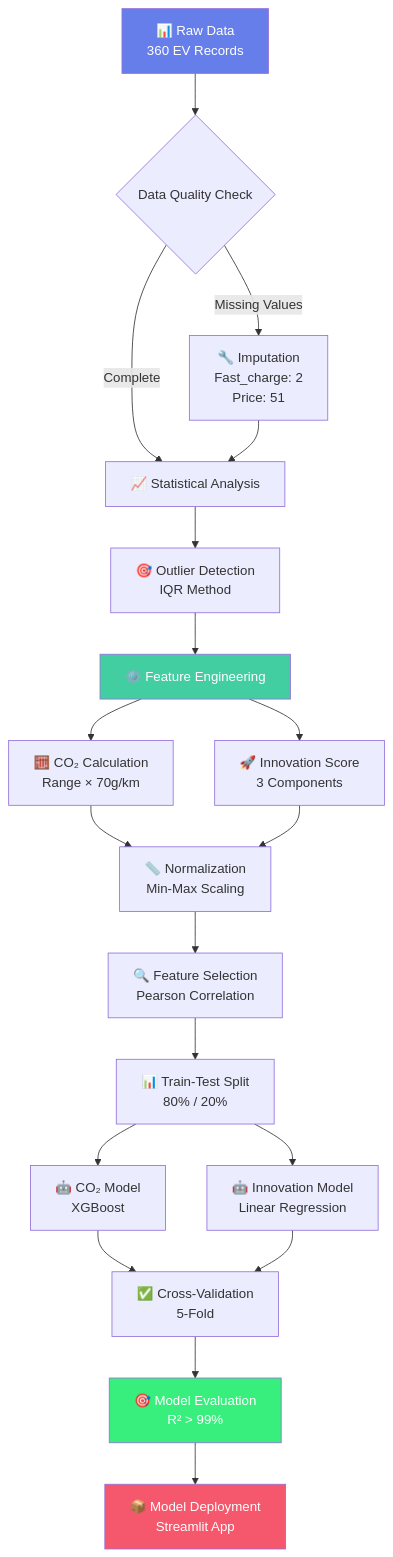
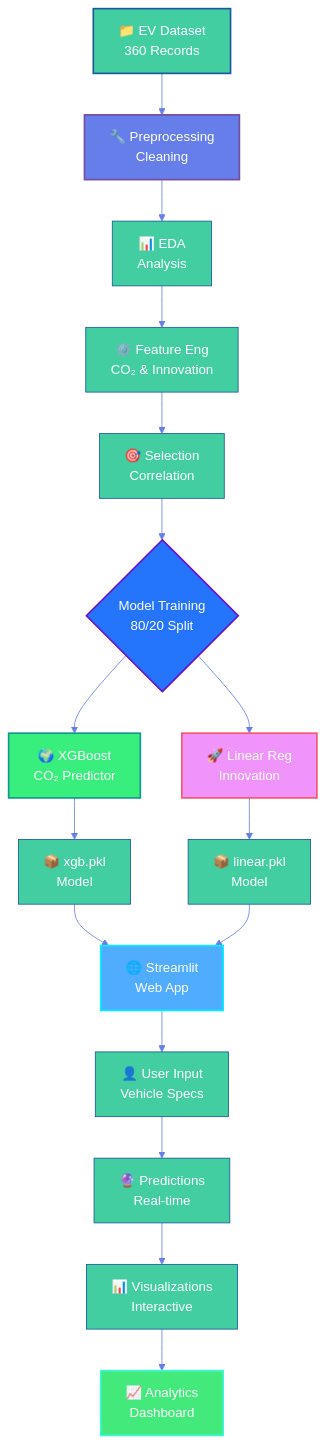
One commit to Itsshraddha/EVerGreen changed the second of 6 diagrams in README.md. Above: the diagram before and after it, drawn with Mermaid. The commit also changed other lines of this file, not shown here.

````diff
--- a/README.md
+++ b/README.md
@@ -360,33 +145,31 @@
 ```mermaid
-graph TD
-    A[📊 Raw Data<br/>360 EV Records] --> B{Data Quality Check}
-    B -->|Missing Values| C[🔧 Imputation<br/>Fast_charge: 2<br/>Price: 51]
-    B -->|Complete| D[📈 Statistical Analysis]
+%%{init: {'theme':'base', 'themeVariables': { 'primaryColor':'#43cea2','primaryTextColor':'#fff','primaryBorderColor':'#185a9d','lineColor':'#667eea'}}}%%
+flowchart TD
+    A[📁 EV Dataset<br/>360 Records] --> B[🔧 Preprocessing<br/>Cleaning]
+    B --> C[📊 EDA<br/>Analysis]
+    C --> D[⚙️ Feature Eng<br/>CO₂ & Innovation]
+    D --> E[🎯 Selection<br/>Correlation]
+    E --> F{Model Training<br/>80/20 Split}
     
-    C --> D
-    D --> E[🎯 Outlier Detection<br/>IQR Method]
-    E --> F[⚙️ Feature Engineering]
+    F --> G[🌍 XGBoost<br/>CO₂ Predictor]
+    F --> H[🚀 Linear Reg<br/>Innovation]
     
-    F --> G[🧮 CO₂ Calculation<br/>Range × 70g/km]
-    F --> H[🚀 Innovation Score<br/>3 Components]
+    G --> I[📦 xgb.pkl<br/>Model]
+    H --> J[📦 linear.pkl<br/>Model]
     
-    G --> I[📏 Normalization<br/>Min-Max Scaling]
-    H --> I
+    I --> K[🌐 Streamlit<br/>Web App]
+    J --> K
     
-    I --> J[🔍 Feature Selection<br/>Pearson Correlation]
-    J --> K[📊 Train-Test Split<br/>80% / 20%]
+    K --> L[👤 User Input<br/>Vehicle Specs]
+    L --> M[🔮 Predictions<br/>Real-time]
+    M --> N[📊 Visualizations<br/>Interactive]
+    N --> O[📈 Analytics<br/>Dashboard]
     
-    K --> L[🤖 CO₂ Model<br/>XGBoost]
-    K --> M[🤖 Innovation Model<br/>Linear Regression]
-    
-    L --> N[✅ Cross-Validation<br/>5-Fold]
-    M --> N
-    
-    N --> O[🎯 Model Evaluation<br/>R² > 99%]
-    O --> P[📦 Model Deployment<br/>Streamlit App]
-    
-    style A fill:#667eea,color:#fff
-    style F fill:#43cea2,color:#fff
-    style O fill:#38ef7d,color:#fff
-    style P fill:#f5576c,color:#fff
+    style A fill:#43cea2,stroke:#185a9d,stroke-width:2px,color:#fff
+    style B fill:#667eea,stroke:#764ba2,stroke-width:2px,color:#fff
+    style F fill:#2575fc,stroke:#6a11cb,stroke-width:2px,color:#fff
+    style G fill:#38ef7d,stroke:#11998e,stroke-width:2px,color:#fff
+    style H fill:#f093fb,stroke:#f5576c,stroke-width:2px,color:#fff
+    style K fill:#4facfe,stroke:#00f2fe,stroke-width:2px,color:#fff
+    style O fill:#43e97b,stroke:#38f9d7,stroke-width:2px,color:#fff
 ```
````
